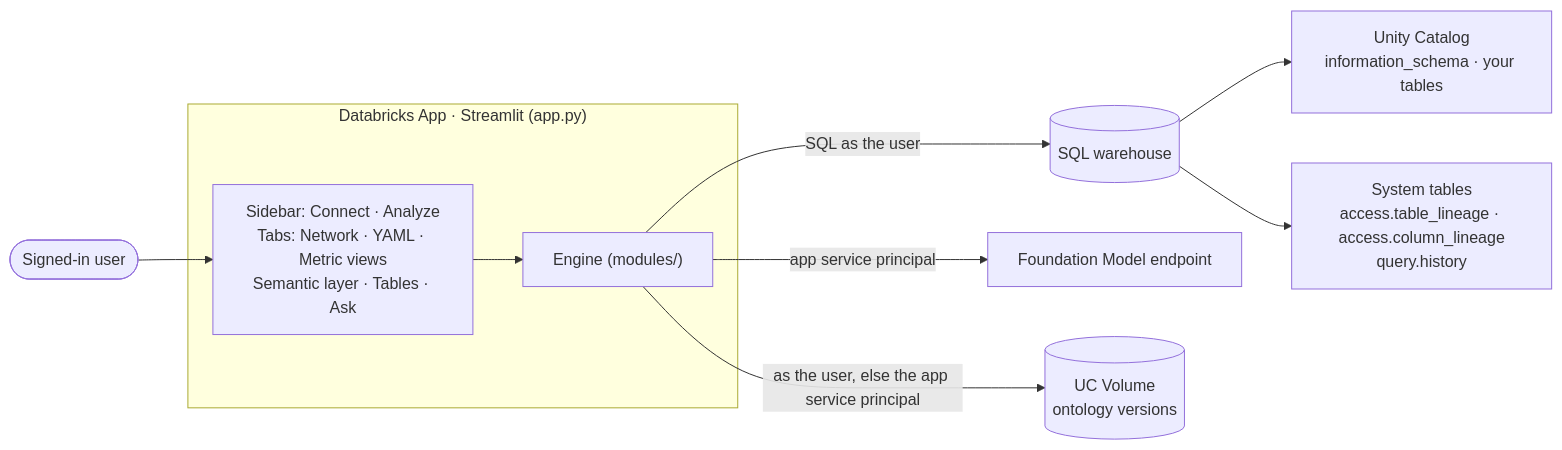
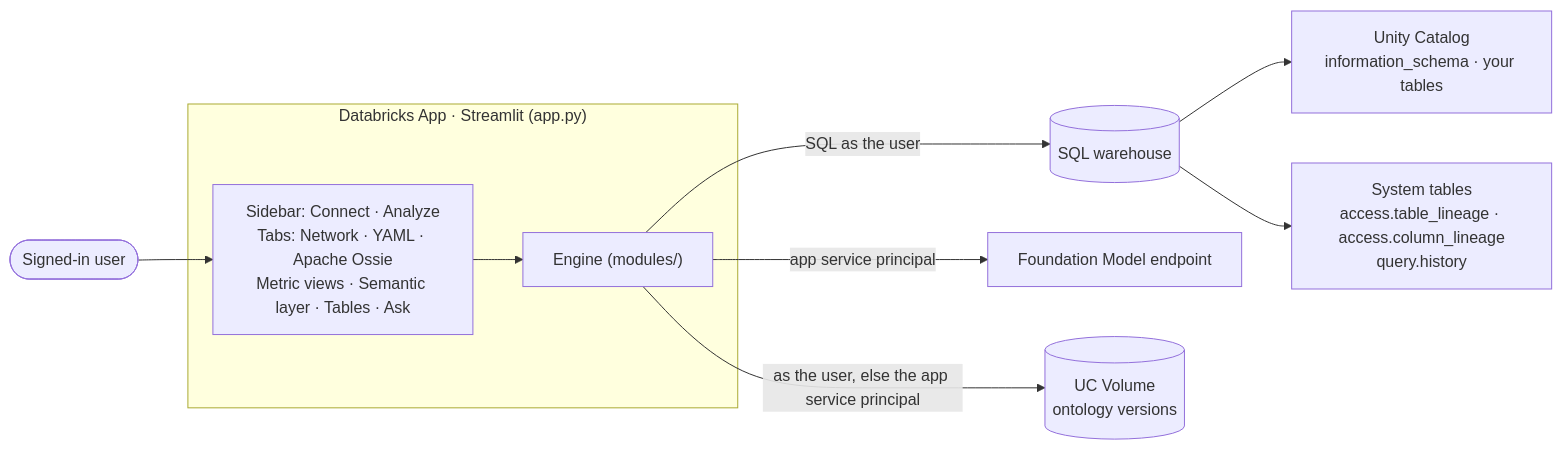
One commit to DevDataAnalyst/OntologyStudio changed the diagram in README.md. Above: the diagram before and after it, drawn with Mermaid. The commit also changed other lines of this file and 5 other files, not shown here.

First line of the commit message:
README for Apache Ossie and the D3 diagram; layout spacing fix

````diff
--- a/README.md
+++ b/README.md
@@ -217,15 +258,15 @@
 ```mermaid
 flowchart LR
     U(["Signed-in user"])
     subgraph APP["Databricks App · Streamlit (app.py)"]
-        UI["Sidebar: Connect · Analyze<br/>Tabs: Network · YAML · Metric views<br/>Semantic layer · Tables · Ask"]
+        UI["Sidebar: Connect · Analyze<br/>Tabs: Network · YAML · Apache Ossie<br/>Metric views · Semantic layer · Tables · Ask"]
         ENG["Engine (modules/)"]
         UI --> ENG
     end
     U --> UI
     ENG -- "SQL as the user" --> WH[("SQL warehouse")]
     WH --> UCT["Unity Catalog<br/>information_schema · your tables"]
     WH --> SYS["System tables<br/>access.table_lineage · access.column_lineage<br/>query.history"]
     ENG -- "app service principal" --> FM["Foundation Model endpoint"]
     ENG -- "as the user, else the app service principal" --> VOL[("UC Volume<br/>ontology versions")]
 ```
````
